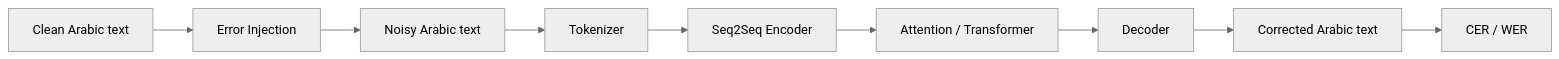
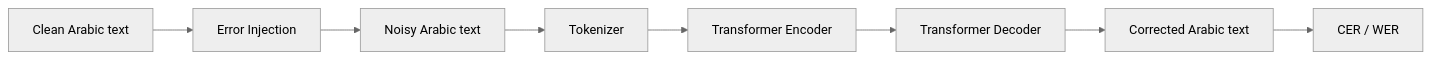
One commit to mahmoudalrefaey/AraSpellX changed the first of 4 diagrams in README.md. Above: the diagram before and after it, drawn with Mermaid (neutral theme). The commit also changed other lines of this file and 1 other file, not shown here.

````diff
--- a/README.md
+++ b/README.md
@@ -66,11 +78,10 @@
 ```mermaid
 flowchart LR
     A["Clean Arabic text"] --> B["Error Injection"]
     B --> C["Noisy Arabic text"]
     C --> D["Tokenizer"]
-    D --> E["Seq2Seq Encoder"]
-    E --> F["Attention / Transformer"]
-    F --> G["Decoder"]
-    G --> H["Corrected Arabic text"]
-    H --> I["CER / WER"]
+    D --> E["Transformer Encoder"]
+    E --> F["Transformer Decoder"]
+    F --> G["Corrected Arabic text"]
+    G --> H["CER / WER"]
 ```
````
